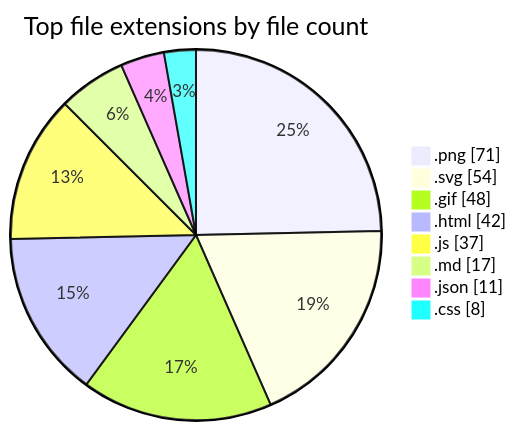
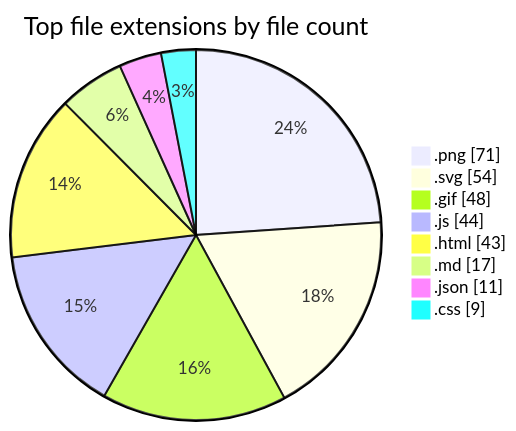
The second of 2 diagrams in README.md (tchinso/tchinso), drawn with Mermaid before and after one commit. The commit also changed other lines of this file, not shown here.

````diff
--- a/README.md
+++ b/README.md
@@ -46,12 +46,12 @@
 ```mermaid
 pie showData
     title Top file extensions by file count
     ".png" : 71
     ".svg" : 54
     ".gif" : 48
-    ".html" : 42
-    ".js" : 37
+    ".js" : 44
+    ".html" : 43
     ".md" : 17
     ".json" : 11
-    ".css" : 8
+    ".css" : 9
 ```
````
